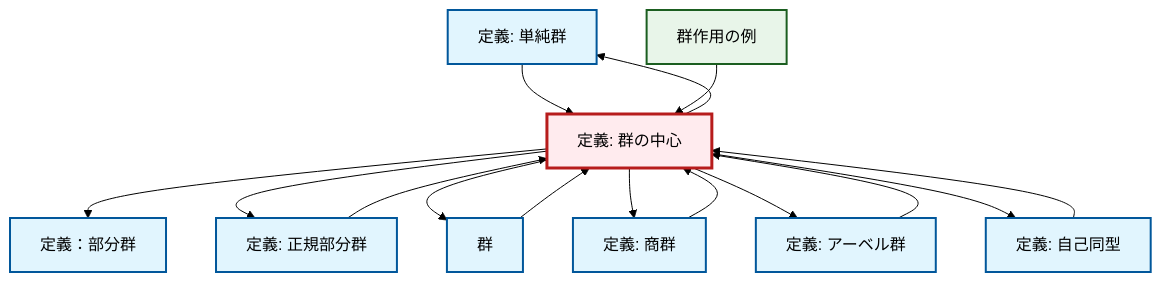
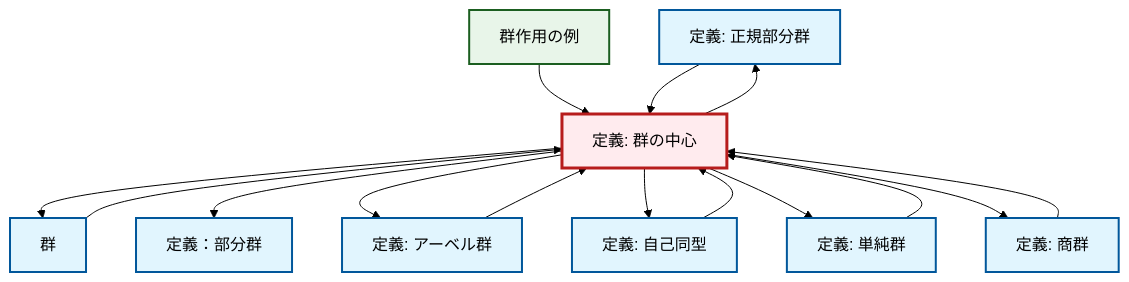
One commit to RK0429/ModernMath changed the diagram in content/ja/algebra/def-center-of-group.qmd. Above: the diagram before and after it, drawn with Mermaid (forest theme). The commit also changed 672 other files, not shown here.

````diff
--- a/content/ja/algebra/def-center-of-group.qmd
+++ b/content/ja/algebra/def-center-of-group.qmd
@@ -112,41 +112,41 @@
 ```{mermaid}
-%%| fig-cap: "Local dependency graph"
+%%| fig-cap: "ローカル依存関係グラフ"
 graph TD
     classDef definition fill:#e1f5fe,stroke:#01579b,stroke-width:2px
     classDef theorem fill:#f3e5f5,stroke:#4a148c,stroke-width:2px
     classDef axiom fill:#fff3e0,stroke:#e65100,stroke-width:2px
     classDef example fill:#e8f5e9,stroke:#1b5e20,stroke-width:2px
     classDef current fill:#ffebee,stroke:#b71c1c,stroke-width:3px
+    def-subgroup["定義：部分群"]:::definition
+    def-normal-subgroup["定義: 正規部分群"]:::definition
+    def-quotient-group["定義: 商群"]:::definition
+    ex-group-action-examples["群作用の例"]:::example
+    def-automorphism["定義: 自己同型"]:::definition
+    def-group["群"]:::definition
+    def-center-of-group["定義: 群の中心"]:::definition
     def-simple-group["定義: 単純群"]:::definition
-    def-subgroup["定義：部分群"]:::definition
-    def-quotient-group["定義: 商群"]:::definition
     def-abelian-group["定義: アーベル群"]:::definition
-    def-normal-subgroup["定義: 正規部分群"]:::definition
-    def-center-of-group["定義: 群の中心"]:::definition
-    def-automorphism["定義: 自己同型"]:::definition
-    ex-group-action-examples["群作用の例"]:::example
-    def-group["群"]:::definition
+    def-center-of-group --> def-group
+    ex-group-action-examples --> def-center-of-group
+    def-quotient-group --> def-center-of-group
     def-center-of-group --> def-subgroup
+    def-group --> def-center-of-group
+    def-automorphism --> def-center-of-group
+    def-center-of-group --> def-abelian-group
+    def-simple-group --> def-center-of-group
     def-center-of-group --> def-normal-subgroup
+    def-abelian-group --> def-center-of-group
+    def-center-of-group --> def-automorphism
+    def-normal-subgroup --> def-center-of-group
     def-center-of-group --> def-simple-group
-    def-center-of-group --> def-group
-    def-abelian-group --> def-center-of-group
-    def-normal-subgroup --> def-center-of-group
-    def-group --> def-center-of-group
-    def-quotient-group --> def-center-of-group
     def-center-of-group --> def-quotient-group
-    def-center-of-group --> def-abelian-group
-    def-automorphism --> def-center-of-group
-    def-center-of-group --> def-automorphism
-    def-simple-group --> def-center-of-group
-    ex-group-action-examples --> def-center-of-group
     class def-center-of-group current
+    click def-subgroup "def-subgroup.html" "定義：部分群へ"
+    click def-normal-subgroup "def-normal-subgroup.html" "正規部分群の定義へ"
+    click def-quotient-group "def-quotient-group.html" "商群の定義へ"
+    click ex-group-action-examples "ex-group-action-examples.html" "群作用の例へ"
+    click def-automorphism "def-automorphism.html" "自己同型の定義へ"
+    click def-group "def-group.html" "群へ"
     click def-simple-group "def-simple-group.html" "単純群の定義へ"
-    click def-subgroup "def-subgroup.html" "定義：部分群へ"
-    click def-quotient-group "def-quotient-group.html" "商群の定義へ"
     click def-abelian-group "def-abelian-group.html" "アーベル群の定義へ"
-    click def-normal-subgroup "def-normal-subgroup.html" "正規部分群の定義へ"
-    click def-automorphism "def-automorphism.html" "自己同型の定義へ"
-    click ex-group-action-examples "ex-group-action-examples.html" "群作用の例へ"
-    click def-group "def-group.html" "群へ"
 ```
````
